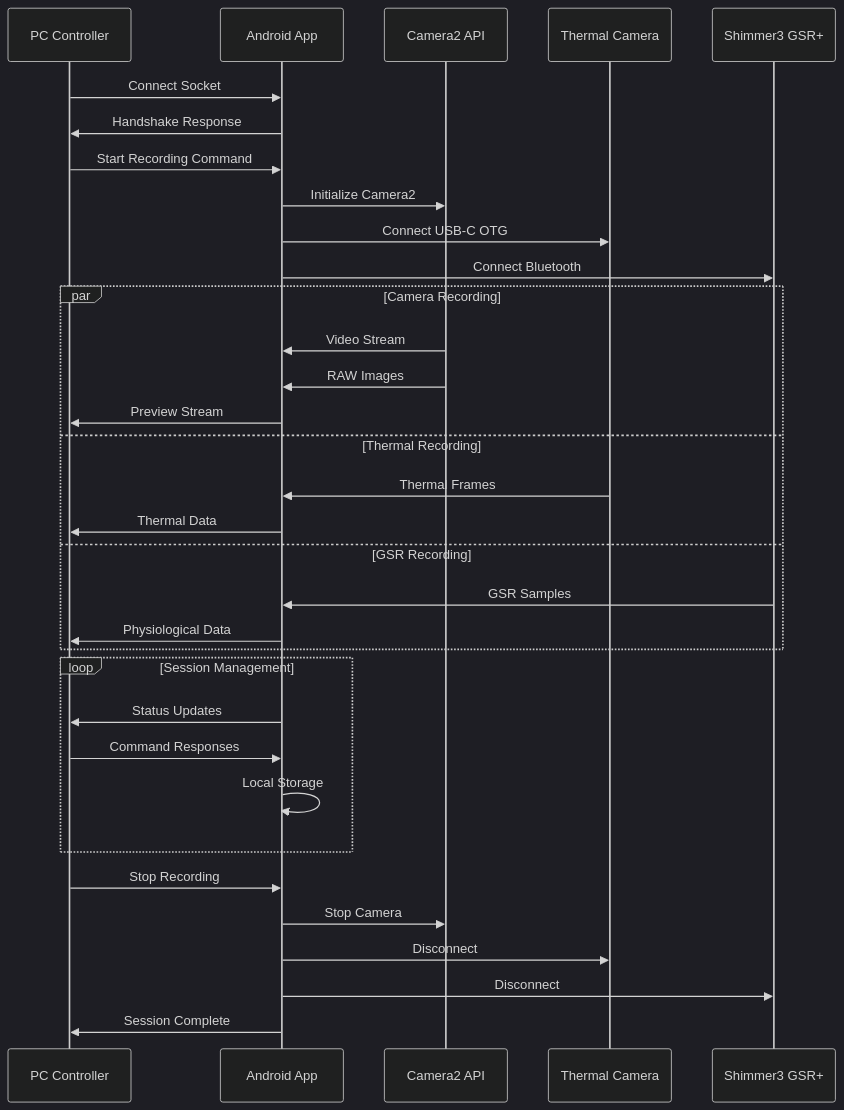
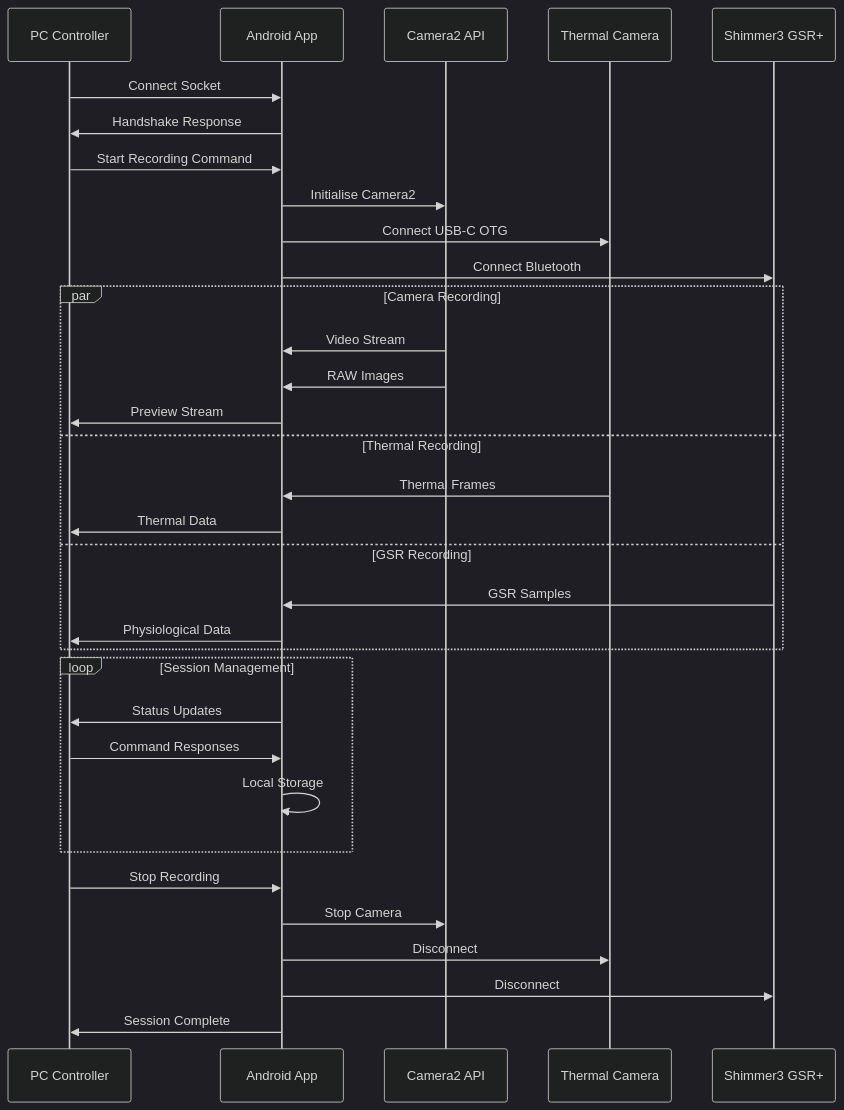
One commit to buccancs/fyp-multi-sensor-recording-system changed the third of 8 diagrams in AndroidApp/README.md. Above: the diagram before and after it, drawn with Mermaid (dark theme). The commit also changed other lines of this file and 56 other files, not shown here.

````diff
--- a/AndroidApp/README.md
+++ b/AndroidApp/README.md
@@ -161,40 +161,40 @@
 ```mermaid
 sequenceDiagram
     participant PC as PC Controller
     participant APP as Android App
     participant CAM as Camera2 API
     participant THERMAL as Thermal Camera
     participant SHIMMER as Shimmer3 GSR+
     
     PC->>APP: Connect Socket
     APP->>PC: Handshake Response
     
     PC->>APP: Start Recording Command
-    APP->>CAM: Initialize Camera2
+    APP->>CAM: Initialise Camera2
     APP->>THERMAL: Connect USB-C OTG
     APP->>SHIMMER: Connect Bluetooth
     
     par Camera Recording
         CAM->>APP: Video Stream
         CAM->>APP: RAW Images
         APP->>PC: Preview Stream
     and Thermal Recording
         THERMAL->>APP: Thermal Frames
         APP->>PC: Thermal Data
     and GSR Recording
         SHIMMER->>APP: GSR Samples
         APP->>PC: Physiological Data
     end
     
     loop Session Management
         APP->>PC: Status Updates
         PC->>APP: Command Responses
         APP->>APP: Local Storage
     end
     
     PC->>APP: Stop Recording
     APP->>CAM: Stop Camera
     APP->>THERMAL: Disconnect
     APP->>SHIMMER: Disconnect
     APP->>PC: Session Complete
 ```
````
